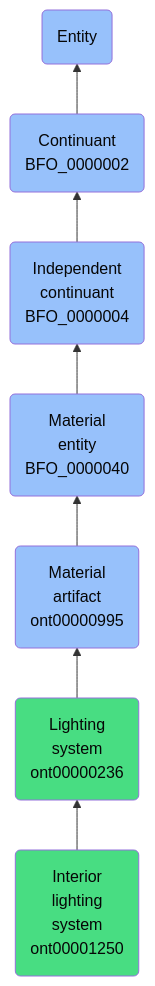
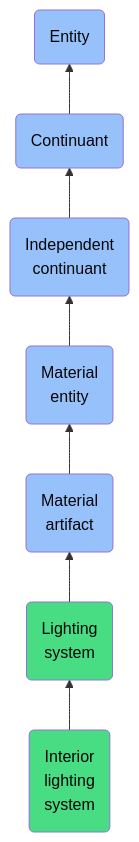
The diagram in docs/ontology/reference/model/Entity/Continuant/Independent continuant/Material entity/Material artifact/Lighting system/Interior lighting system/Interior lighting system.md (jupyter-naas/abi), drawn with Mermaid before and after one commit. The commit also changed other lines of this file and 1430 other files, not shown here.

````diff
--- a/docs/ontology/reference/model/Entity/Continuant/Independent continuant/Material entity/Material artifact/Lighting system/Interior lighting system/Interior lighting system.md
+++ b/docs/ontology/reference/model/Entity/Continuant/Independent continuant/Material entity/Material artifact/Lighting system/Interior lighting system/Interior lighting system.md
@@ -24,14 +24,14 @@
 ```mermaid
 graph BT
-    ont00001250(Interior<br>lighting<br>system<br>ont00001250):::ABI-->ont00000236
-    ont00000236(Lighting<br>system<br>ont00000236):::ABI-->ont00000995
-    ont00000995(Material<br>artifact<br>ont00000995):::BFO-->BFO_0000040
-    BFO_0000040(Material<br>entity<br>BFO_0000040):::BFO-->BFO_0000004
-    BFO_0000004(Independent<br>continuant<br>BFO_0000004):::BFO-->BFO_0000002
-    BFO_0000002(Continuant<br>BFO_0000002):::BFO-->BFO_0000001
+    ont00001250(Interior<br>lighting<br>system):::ABI-->ont00000236
+    ont00000236(Lighting<br>system):::ABI-->ont00000995
+    ont00000995(Material<br>artifact):::BFO-->BFO_0000040
+    BFO_0000040(Material<br>entity):::BFO-->BFO_0000004
+    BFO_0000004(Independent<br>continuant):::BFO-->BFO_0000002
+    BFO_0000002(Continuant):::BFO-->BFO_0000001
     BFO_0000001(Entity):::BFO
     
     classDef BFO fill:#97c1fb,color:#060606
     classDef CCO fill:#e4c51e,color:#060606
     classDef ABI fill:#48DD82,color:#060606
 ```
````
